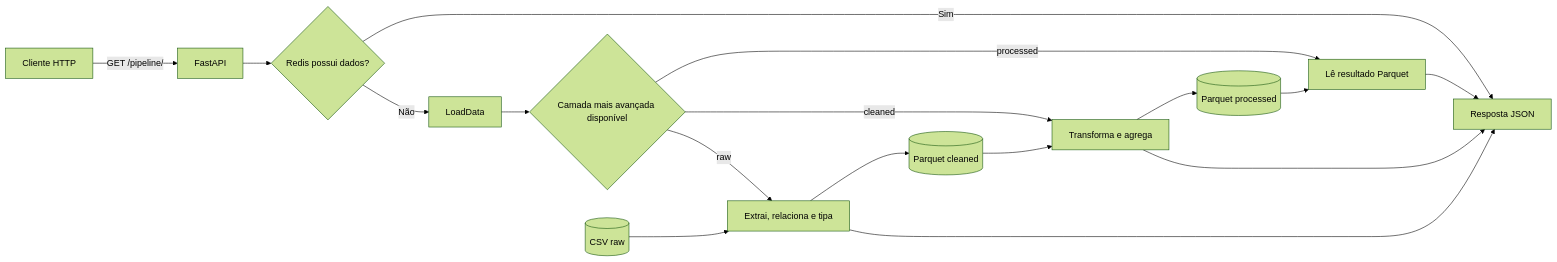
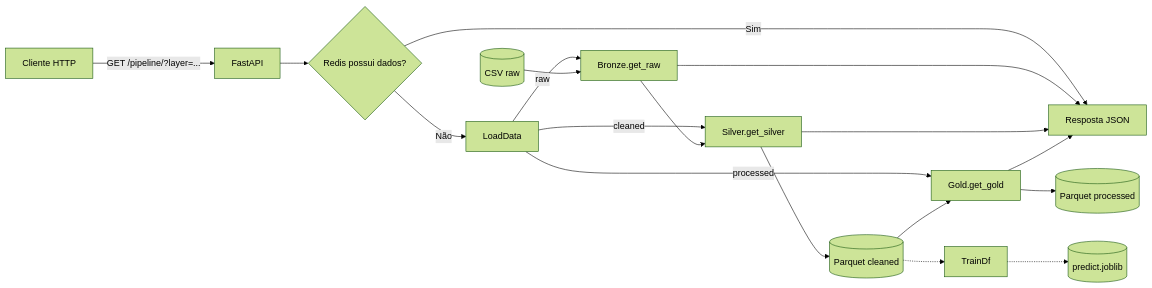
One commit to BrayanDevZN/AnaliseLeite changed the diagram in README.md. Above: the diagram before and after it, drawn with Mermaid (forest theme). The commit also changed other lines of this file and 1 other file, not shown here.

````diff
--- a/README.md
+++ b/README.md
@@ -65,22 +68,24 @@
 ```mermaid
 flowchart LR
-    U[Cliente HTTP] -->|GET /pipeline/| API[FastAPI]
+    U[Cliente HTTP] -->|GET /pipeline/?layer=...| API[FastAPI]
     API --> CACHE{Redis possui dados?}
     CACHE -->|Sim| RESP[Resposta JSON]
     CACHE -->|Não| LOAD[LoadData]
 
-    LOAD --> LAYER{Camada mais avançada disponível}
-    LAYER -->|processed| READ[Lê resultado Parquet]
-    LAYER -->|cleaned| TRANSFORM[Transforma e agrega]
-    LAYER -->|raw| EXTRACT[Extrai, relaciona e tipa]
+    LOAD -->|raw| BRONZE[Bronze.get_raw]
+    LOAD -->|cleaned| SILVER[Silver.get_silver]
+    LOAD -->|processed| GOLD[Gold.get_gold]
 
-    RAW[(CSV raw)] --> EXTRACT
-    EXTRACT --> CLEAN[(Parquet cleaned)]
-    CLEAN --> TRANSFORM
-    TRANSFORM --> PROCESSED[(Parquet processed)]
-    PROCESSED --> READ
+    RAW[(CSV raw)] --> BRONZE
+    BRONZE --> SILVER
+    SILVER --> CLEAN[(Parquet cleaned)]
+    CLEAN --> GOLD
+    GOLD --> PROCESSED[(Parquet processed)]
 
-    READ --> RESP
-    TRANSFORM --> RESP
-    EXTRACT --> RESP
+    BRONZE --> RESP
+    SILVER --> RESP
+    GOLD --> RESP
+
+    CLEAN -.-> TRAIN[TrainDf]
+    TRAIN -.-> MODEL[(predict.joblib)]
 ```
````
